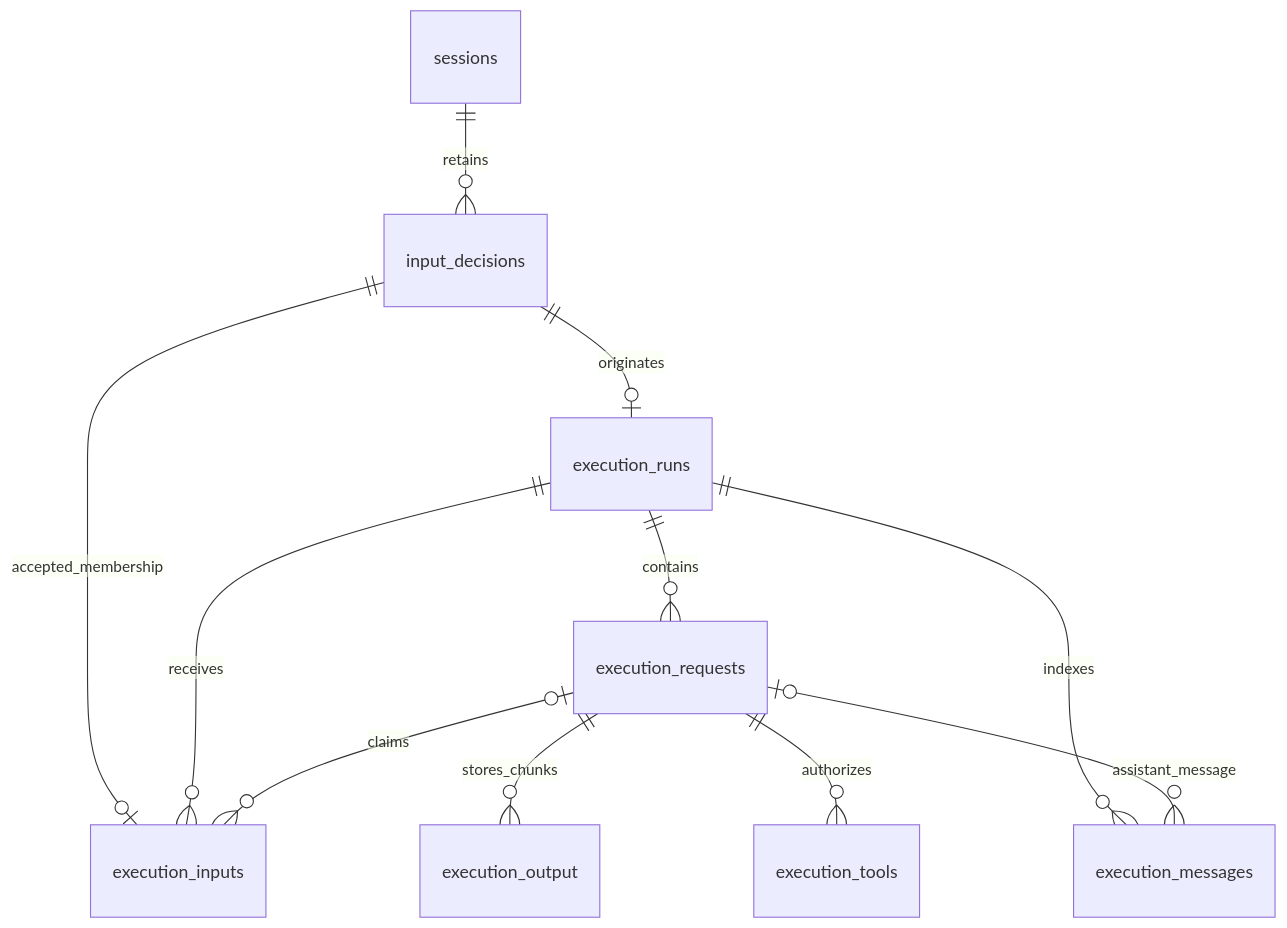
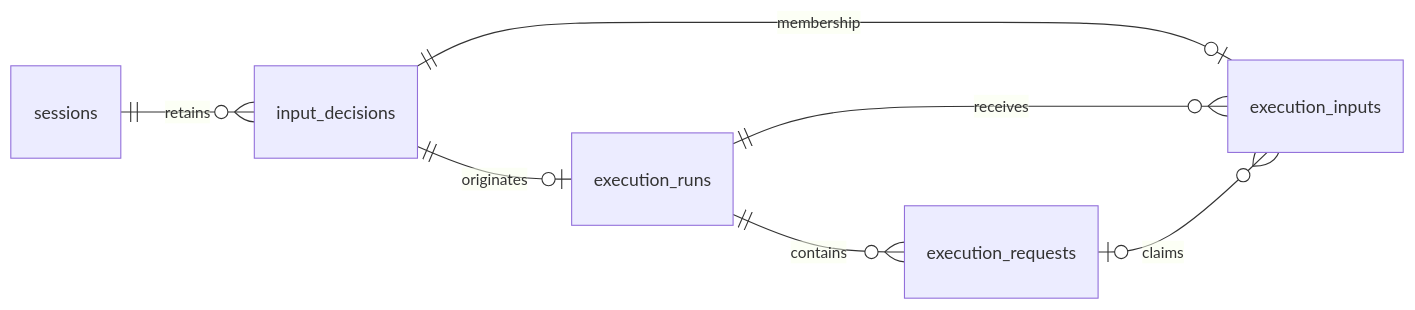
One commit to OwanL/urd changed the seventh of 9 diagrams in docs/architecture-map.md. Above: the diagram before and after it, drawn with Mermaid. The commit also changed other lines of this file and 1 other file, not shown here.

Commit message:
docs: simplify architecture diagrams and improve visual navigation

````diff
--- a/docs/architecture-map.md
+++ b/docs/architecture-map.md
@@ -361,14 +301,10 @@
 ```mermaid
 erDiagram
-  direction TB
+  direction LR
   sessions ||--o{ input_decisions : retains
   input_decisions ||--o| execution_runs : originates
-  input_decisions ||--o| execution_inputs : accepted_membership
+  input_decisions ||--o| execution_inputs : membership
   execution_runs ||--o{ execution_requests : contains
   execution_runs ||--o{ execution_inputs : receives
-  execution_runs ||--o{ execution_messages : indexes
   execution_requests |o--o{ execution_inputs : claims
-  execution_requests ||--o{ execution_output : stores_chunks
-  execution_requests ||--o{ execution_tools : authorizes
-  execution_requests |o--o{ execution_messages : assistant_message
 ```
````
